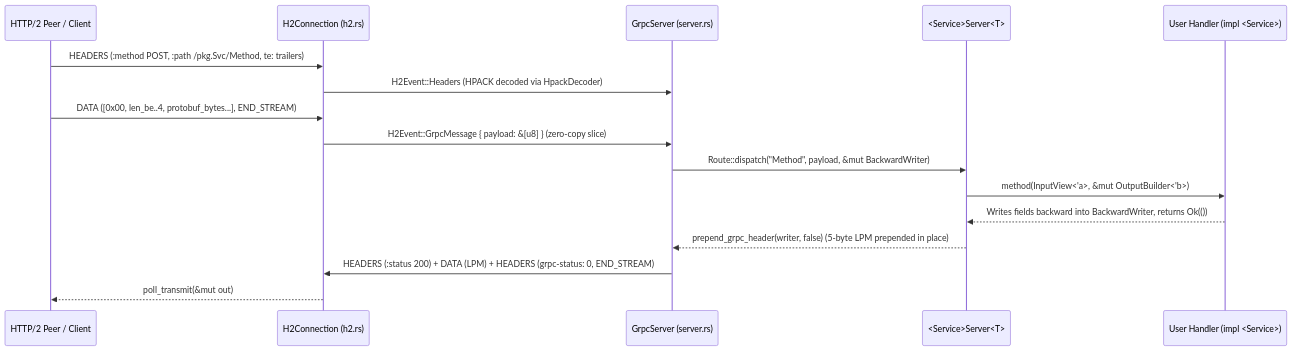
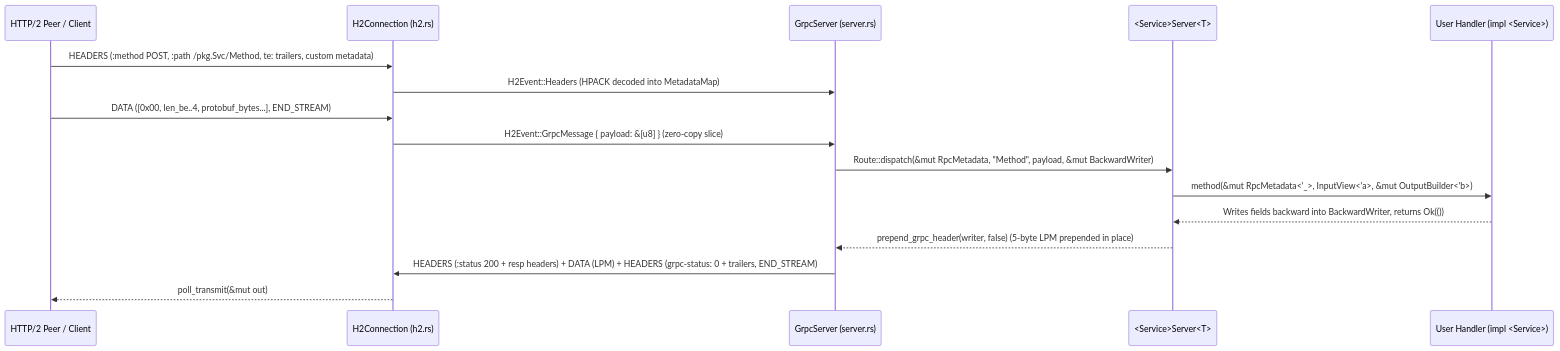
The second of 3 diagrams in docs/grpc.md (chathaway-codes/roto), drawn with Mermaid before and after one commit. The commit also changed other lines of this file and 20 other files, not shown here.

Commit message:
feat(grpc): preserve custom HTTP/2 metadata and fail loudly on overflow

````diff
--- a/docs/grpc.md
+++ b/docs/grpc.md
@@ -66,19 +66,19 @@
 ```mermaid
 sequenceDiagram
     participant Peer as HTTP/2 Peer / Client
     participant H2 as H2Connection (h2.rs)
     participant Srv as GrpcServer (server.rs)
     participant Gen as <Service>Server<T>
     participant App as User Handler (impl <Service>)
 
-    Peer->>H2: HEADERS (:method POST, :path /pkg.Svc/Method, te: trailers)
-    H2->>Srv: H2Event::Headers (HPACK decoded via HpackDecoder)
+    Peer->>H2: HEADERS (:method POST, :path /pkg.Svc/Method, te: trailers, custom metadata)
+    H2->>Srv: H2Event::Headers (HPACK decoded into MetadataMap)
     Peer->>H2: DATA ([0x00, len_be..4, protobuf_bytes...], END_STREAM)
     H2->>Srv: H2Event::GrpcMessage { payload: &[u8] } (zero-copy slice)
-    Srv->>Gen: Route::dispatch("Method", payload, &mut BackwardWriter)
-    Gen->>App: method(InputView<'a>, &mut OutputBuilder<'b>)
+    Srv->>Gen: Route::dispatch(&mut RpcMetadata, "Method", payload, &mut BackwardWriter)
+    Gen->>App: method(&mut RpcMetadata<'_>, InputView<'a>, &mut OutputBuilder<'b>)
     App-->>Gen: Writes fields backward into BackwardWriter, returns Ok(())
     Gen-->>Srv: prepend_grpc_header(writer, false) (5-byte LPM prepended in place)
-    Srv->>H2: HEADERS (:status 200) + DATA (LPM) + HEADERS (grpc-status: 0, END_STREAM)
+    Srv->>H2: HEADERS (:status 200 + resp headers) + DATA (LPM) + HEADERS (grpc-status: 0 + trailers, END_STREAM)
     H2-->>Peer: poll_transmit(&mut out)
 ```
````
